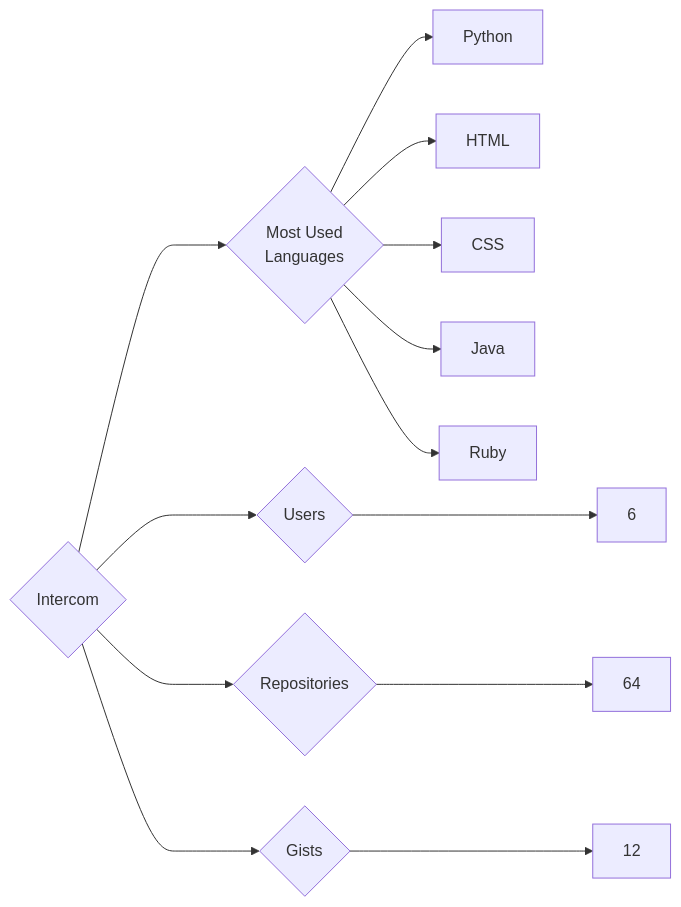
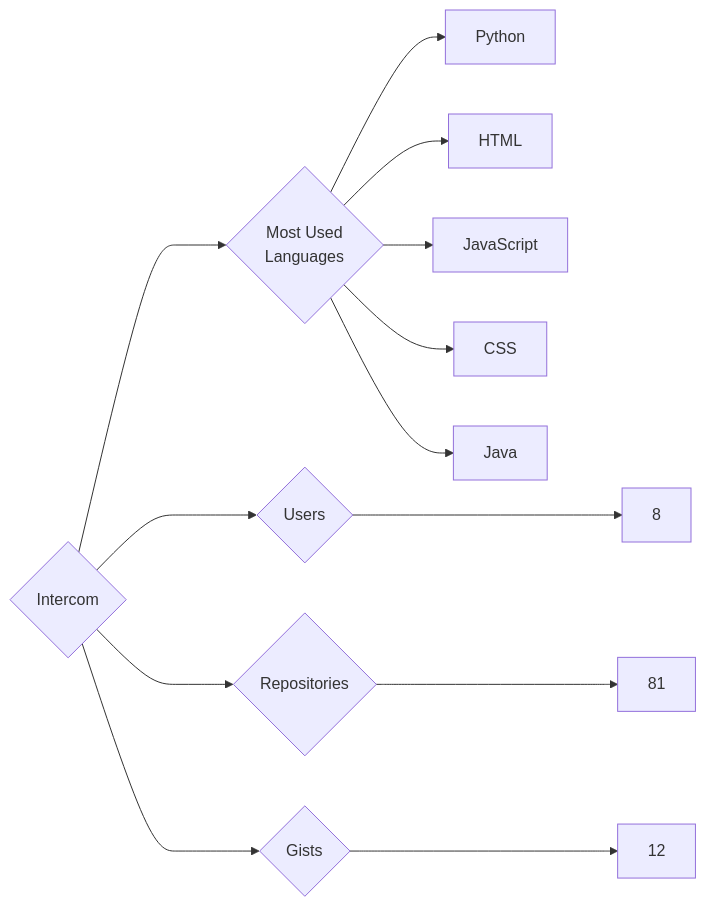
One commit to trickest/insiders changed the diagram in targets/Intercom/README.md. Above: the diagram before and after it, drawn with Mermaid. The commit also changed 942 other files, not shown here.

````diff
--- a/targets/Intercom/README.md
+++ b/targets/Intercom/README.md
@@ -3,13 +3,13 @@
 ```mermaid
 graph LR
 COMPANY_NAME{Intercom}
-COMPANY_NAME ---> U{Users} ---> UN[6]
-COMPANY_NAME ---> R{Repositories} ---> RN[64]
+COMPANY_NAME ---> U{Users} ---> UN[8]
+COMPANY_NAME ---> R{Repositories} ---> RN[81]
 COMPANY_NAME ---> G{Gists} ---> GN[12]
 COMPANY_NAME ---> ML{Most Used<br>Languages}
 ML --> Python[Python]
 ML --> HTML[HTML]
+ML --> JavaScript[JavaScript]
 ML --> CSS[CSS]
 ML --> Java[Java]
-ML --> Ruby[Ruby]
 ```
````
